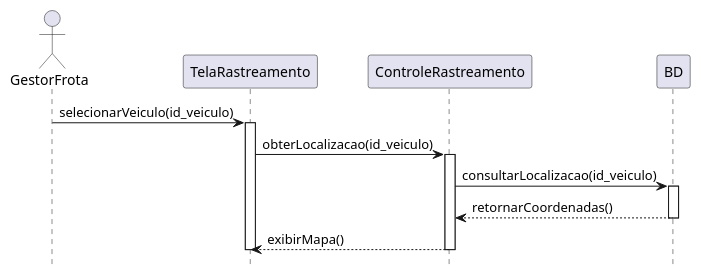
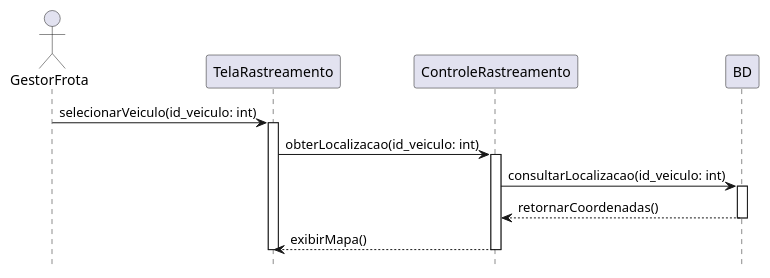
Before and after one commit to Pollyanadias/Sistema-de-Gerenciamento-de-Frotas: the diagram in Gerenciamento de Frotas/Diagramas de Sequencias/Ratrear Veiculo.iuml, drawn with PlantUML.

Commit message:
Update Ratrear Veiculo.iuml

```diff
--- a/Gerenciamento de Frotas/Diagramas de Sequencias/Ratrear Veiculo.iuml
+++ b/Gerenciamento de Frotas/Diagramas de Sequencias/Ratrear Veiculo.iuml
@@ -1,25 +1,25 @@
 @startuml "Rastrear Veículos"
 hide footbox
 
 actor GestorFrota as gestor_ator
 participant TelaRastreamento as tela_rastreamento
 participant ControleRastreamento as controle_rastreamento
 participant BD as bd
 
-gestor_ator -> tela_rastreamento: selecionarVeiculo(id_veiculo)
+gestor_ator -> tela_rastreamento: selecionarVeiculo(id_veiculo: int)
 activate tela_rastreamento
 
-tela_rastreamento -> controle_rastreamento: obterLocalizacao(id_veiculo)
+tela_rastreamento -> controle_rastreamento: obterLocalizacao(id_veiculo: int)
 activate controle_rastreamento
 
-controle_rastreamento -> bd: consultarLocalizacao(id_veiculo)
+controle_rastreamento -> bd: consultarLocalizacao(id_veiculo: int)
 activate bd
 
 bd --> controle_rastreamento: retornarCoordenadas()
 deactivate bd
 
 controle_rastreamento --> tela_rastreamento: exibirMapa()
 deactivate controle_rastreamento
 
 deactivate tela_rastreamento
 @enduml
```
